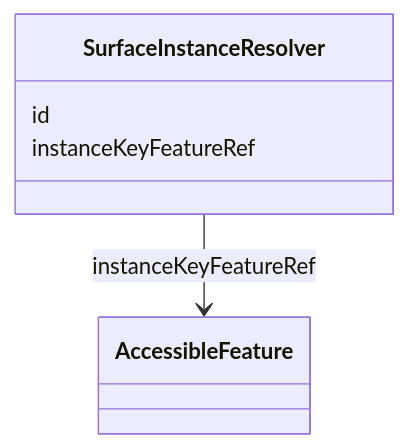
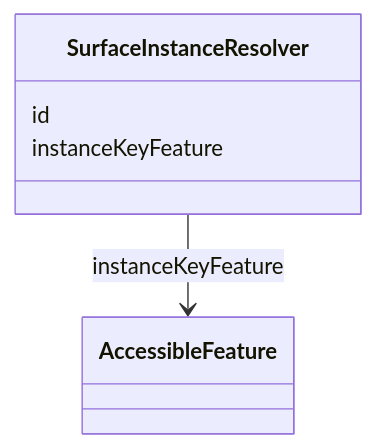
Before and after one commit to openuji/spec-ujg: the eighth of 9 diagrams in specs/ed/modules/observability/index.md, drawn with Mermaid. The commit also changed other lines of this file and 370 other files, not shown here.

````diff
--- a/specs/ed/modules/observability/index.md
+++ b/specs/ed/modules/observability/index.md
@@ -273,9 +220,9 @@
 ```mermaid
 classDiagram
   class AccessibleFeature
   class SurfaceInstanceResolver {
     id
-    instanceKeyFeatureRef
+    instanceKeyFeature
   }
-  SurfaceInstanceResolver --> AccessibleFeature : instanceKeyFeatureRef
+  SurfaceInstanceResolver --> AccessibleFeature : instanceKeyFeature
 ```
````
